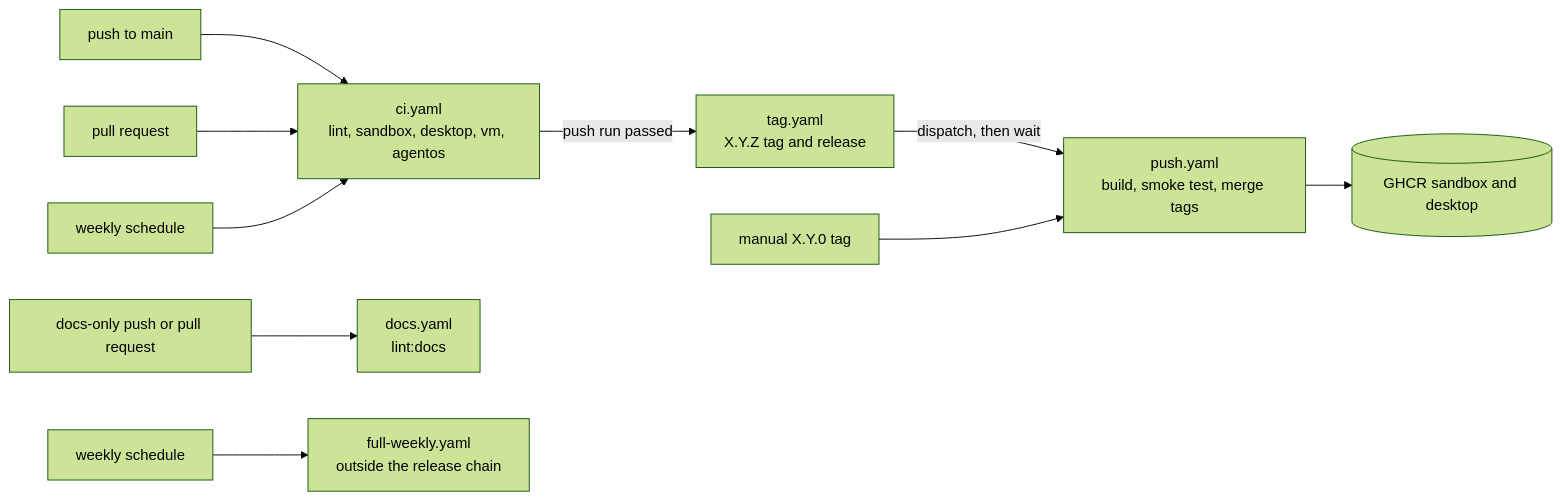
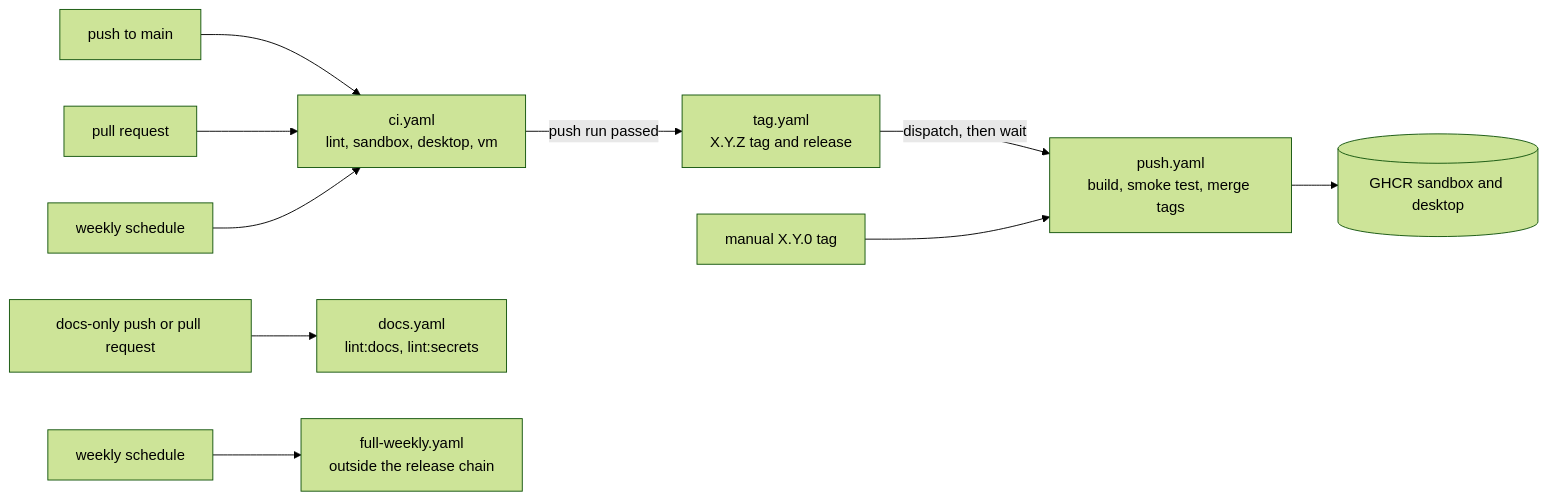
One commit to dayjobdoor/dotfiles changed the diagram in docs/ci.md. Above: the diagram before and after it, drawn with Mermaid (forest theme). The commit also changed other lines of this file and 9 other files, not shown here.

````diff
--- a/docs/ci.md
+++ b/docs/ci.md
@@ -23,12 +23,12 @@
 ```mermaid
 flowchart LR
     push[push to main] --> ci
     pr[pull request] --> ci
     cron[weekly schedule] --> ci
-    ci["ci.yaml<br>lint, sandbox, desktop, vm, agentos"] -->|push run passed| tag["tag.yaml<br>X.Y.Z tag and release"]
+    ci["ci.yaml<br>lint, sandbox, desktop, vm"] -->|push run passed| tag["tag.yaml<br>X.Y.Z tag and release"]
     tag -->|dispatch, then wait| pub["push.yaml<br>build, smoke test, merge tags"]
     manual[manual X.Y.0 tag] --> pub
     pub --> ghcr[(GHCR sandbox and desktop)]
-    docsonly[docs-only push or pull request] --> docs["docs.yaml<br>lint:docs"]
+    docsonly[docs-only push or pull request] --> docs["docs.yaml<br>lint:docs, lint:secrets"]
     cron2[weekly schedule] --> full["full-weekly.yaml<br>outside the release chain"]
 ```
````
